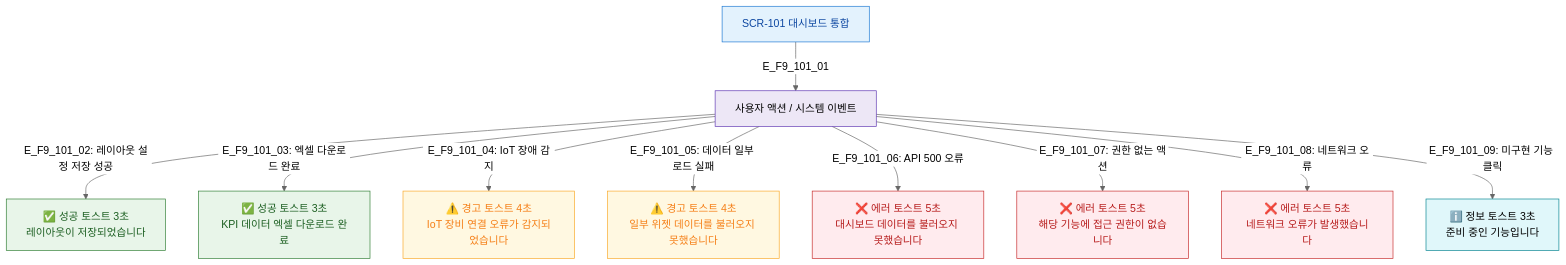
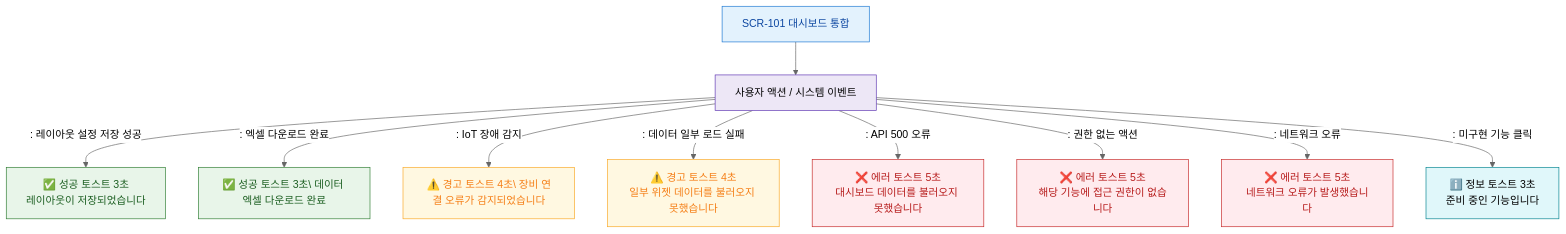
Before and after one commit to dev-spogym/admin-pando: the diagram in docs/다이어그램/D01_공통/SCR-101_대시보드_통합/F9_토스트.md, drawn with Mermaid (neutral theme). The commit also changed other lines of this file and 1660 other files, not shown here.

First line of the commit message:
다이어그램: 기획자/클라이언트 납품본으로 정리

````diff
--- a/docs/다이어그램/D01_공통/SCR-101_대시보드_통합/F9_토스트.md
+++ b/docs/다이어그램/D01_공통/SCR-101_대시보드_통합/F9_토스트.md
@@ -19,29 +17,29 @@
 ```mermaid
 flowchart TD
-    SCR_101[SCR-101 대시보드 통합] -->|E_F9_101_01| ACTIONS[사용자 액션 / 시스템 이벤트]
+    SCR_101[SCR-101 대시보드 통합] --> ACTIONS[사용자 액션 / 시스템 이벤트]
 
-    ACTIONS -->|"E_F9_101_02: 레이아웃 설정 저장 성공"| T_SUCCESS_1[✅ 성공 토스트 3초\n레이아웃이 저장되었습니다]
-    ACTIONS -->|"E_F9_101_03: 엑셀 다운로드 완료"| T_SUCCESS_2[✅ 성공 토스트 3초\nKPI 데이터 엑셀 다운로드 완료]
+    ACTIONS -->|": 레이아웃 설정 저장 성공"|T_SUCCESS_1[✅ 성공 토스트 3초\n레이아웃이 저장되었습니다]
+    ACTIONS -->|": 엑셀 다운로드 완료"|T_SUCCESS_2[✅ 성공 토스트 3초\ 데이터 엑셀 다운로드 완료]
 
-    ACTIONS -->|"E_F9_101_04: IoT 장애 감지"| T_WARN_1[⚠️ 경고 토스트 4초\nIoT 장비 연결 오류가 감지되었습니다]
-    ACTIONS -->|"E_F9_101_05: 데이터 일부 로드 실패"| T_WARN_2[⚠️ 경고 토스트 4초\n일부 위젯 데이터를 불러오지 못했습니다]
+    ACTIONS -->|": IoT 장애 감지"|T_WARN_1[⚠️ 경고 토스트 4초\ 장비 연결 오류가 감지되었습니다]
+    ACTIONS -->|": 데이터 일부 로드 실패"|T_WARN_2[⚠️ 경고 토스트 4초\n일부 위젯 데이터를 불러오지 못했습니다]
 
-    ACTIONS -->|"E_F9_101_06: API 500 오류"| T_ERR_1[❌ 에러 토스트 5초\n대시보드 데이터를 불러오지 못했습니다]
-    ACTIONS -->|"E_F9_101_07: 권한 없는 액션"| T_ERR_2[❌ 에러 토스트 5초\n해당 기능에 접근 권한이 없습니다]
-    ACTIONS -->|"E_F9_101_08: 네트워크 오류"| T_ERR_3[❌ 에러 토스트 5초\n네트워크 오류가 발생했습니다]
+    ACTIONS -->|": API 500 오류"|T_ERR_1[❌ 에러 토스트 5초\n대시보드 데이터를 불러오지 못했습니다]
+    ACTIONS -->|": 권한 없는 액션"|T_ERR_2[❌ 에러 토스트 5초\n해당 기능에 접근 권한이 없습니다]
+    ACTIONS -->|": 네트워크 오류"|T_ERR_3[❌ 에러 토스트 5초\n네트워크 오류가 발생했습니다]
 
-    ACTIONS -->|"E_F9_101_09: 미구현 기능 클릭"| T_INFO_1[ℹ️ 정보 토스트 3초\n준비 중인 기능입니다]
+    ACTIONS -->|": 미구현 기능 클릭"|T_INFO_1[ℹ️ 정보 토스트 3초\n준비 중인 기능입니다]
 
     classDef success fill:#E8F5E9,stroke:#2E7D32,color:#1B5E20
     classDef warning fill:#FFF8E1,stroke:#F9A825,color:#F57F17
-    classDef error   fill:#FFEBEE,stroke:#C62828,color:#B71C1C
-    classDef info    fill:#E0F7FA,stroke:#00838F
-    classDef screen  fill:#E3F2FD,stroke:#1976D2,color:#0D47A1
-    classDef system  fill:#EDE7F6,stroke:#5E35B2
+    classDef error fill:#FFEBEE,stroke:#C62828,color:#B71C1C
+    classDef info fill:#E0F7FA,stroke:#00838F
+    classDef screen fill:#E3F2FD,stroke:#1976D2,color:#0D47A1
+    classDef system fill:#EDE7F6,stroke:#5E35B2
     class T_SUCCESS_1,T_SUCCESS_2 success
     class T_WARN_1,T_WARN_2 warning
     class T_ERR_1,T_ERR_2,T_ERR_3 error
     class T_INFO_1 info
     class SCR_101 screen
     class ACTIONS system
 ```
````
